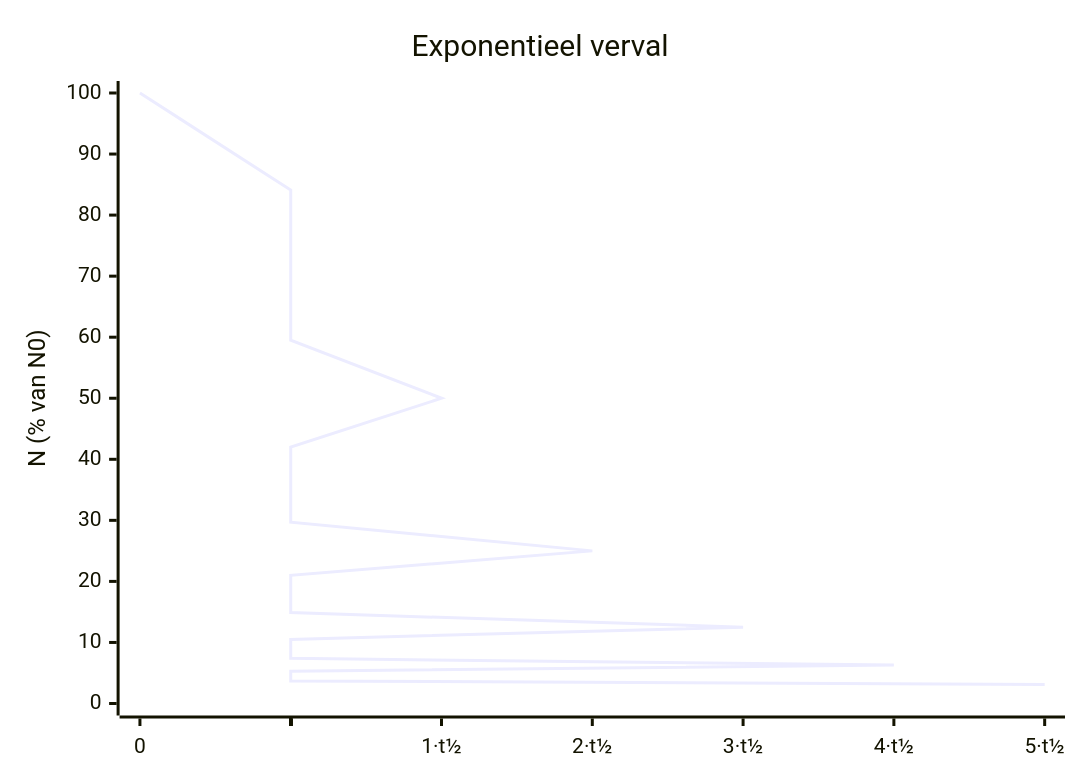
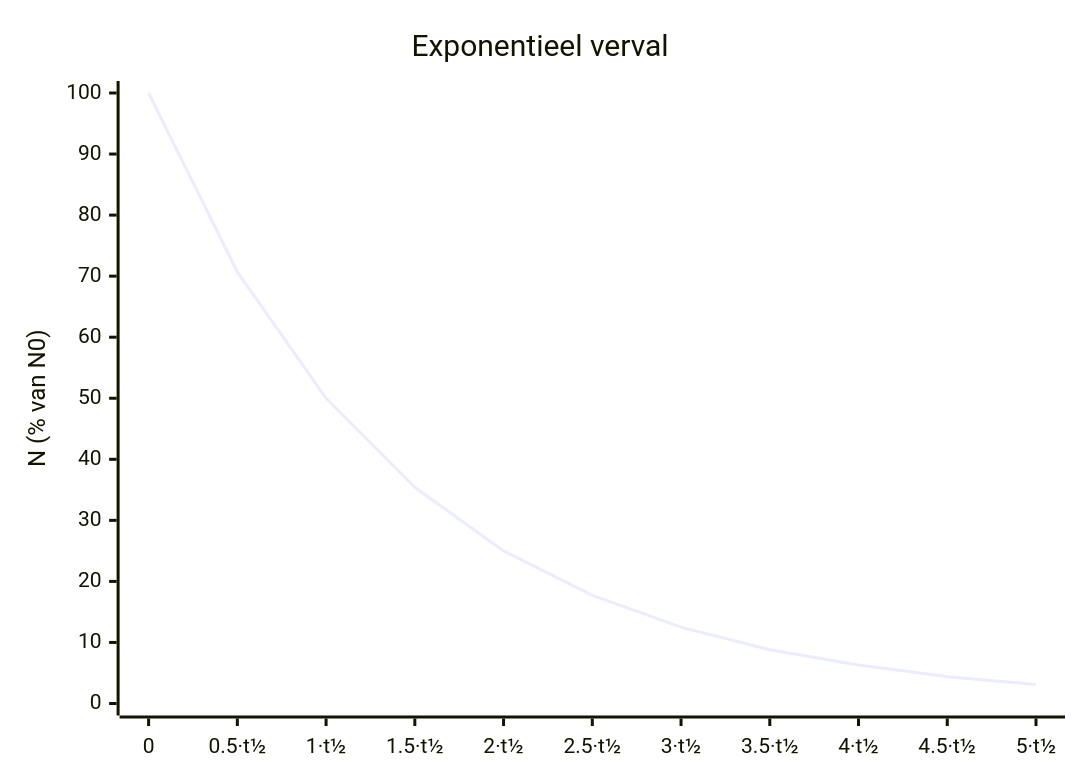
The diagram in Natuurkunde H5.md (ChristianScholtens/-), drawn with Mermaid before and after one commit.

Commit message:
Update Natuurkunde H5.md

````diff
--- a/Natuurkunde H5.md
+++ b/Natuurkunde H5.md
@@ -570,7 +570,7 @@
 ```mermaid
 xychart-beta
     title "Exponentieel verval"
-    x-axis ["0", " ", "  ", "   ", "1·t½", "    ", "     ", "      ", "2·t½", "       ", "        ", "         ", "3·t½", "          ", "           ", "            ", "4·t½", "             ", "              ", "               ", "5·t½"]
+    x-axis ["0", "0.5·t½", "1·t½", "1.5·t½", "2·t½", "2.5·t½", "3·t½", "3.5·t½", "4·t½", "4.5·t½", "5·t½"]
     y-axis "N (% van N0)" 0 --> 100
-    line [100, 84.1, 70.7, 59.5, 50, 42.0, 35.4, 29.7, 25, 21.0, 17.7, 14.9, 12.5, 10.5, 8.8, 7.4, 6.3, 5.3, 4.4, 3.7, 3.1]
+    line [100, 70.7, 50, 35.4, 25, 17.7, 12.5, 8.8, 6.3, 4.4, 3.1]
 ```
````
